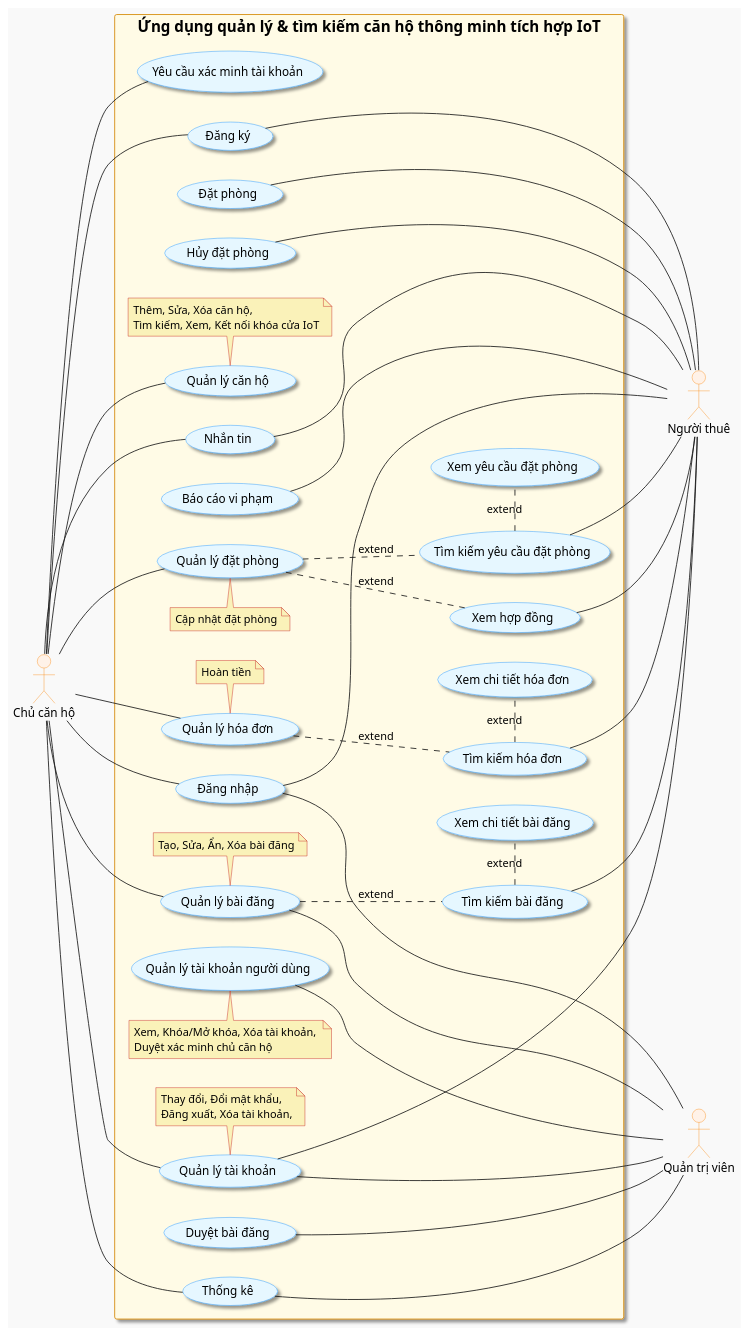
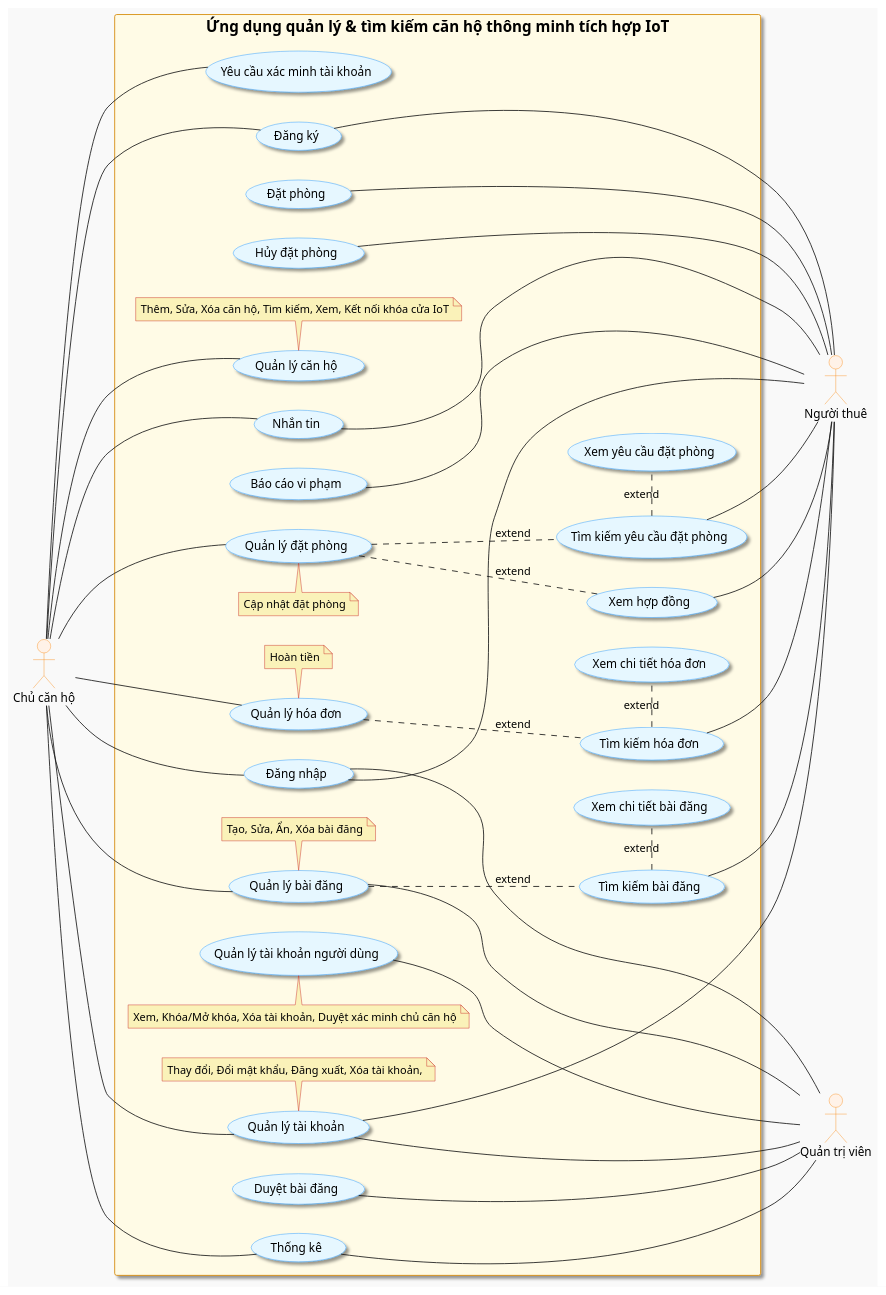
Before and after one commit to nho-moi-so/quan-ly-tim-kiem-phong-tro: the diagram in diagrams/usecase.puml, drawn with PlantUML. The commit also changed 4 other files, not shown here.

```diff
--- a/diagrams/usecase.puml
+++ b/diagrams/usecase.puml
@@ -2,139 +2,139 @@
 @startuml usecase-diagram
 skinparam shadowing false
 skinparam backgroundColor #f9f9f9
 skinparam usecase {
     BackgroundColor #e6f7ff
     BorderColor #1890ff
     FontColor #000000
     FontSize 14
     Shadowing true
 }
 skinparam actor {
     BackgroundColor #fff2e8
     BorderColor #fa8c16
     FontColor #000000
     FontSize 14
 }
 skinparam rectangle {
     BackgroundColor #fffbe6
     BorderColor #d48806
     FontColor #000000
     FontSize 18
     Shadowing true
 }
 skinparam note{
     BackgroundColor #faf2b9
     BorderColor #c51c1c
 }
 left to right direction
 
 actor "Quản trị viên" as Admin
 actor "Người thuê" as Guest
 actor "Chủ căn hộ" as Owner
 
 rectangle "Ứng dụng quản lý & tìm kiếm căn hộ thông minh tích hợp IoT"{
 ' Các chức năng của Chủ căn hộ
 ' usecase "Đăng xuất" as logout
 usecase "Đăng nhập" as login
 usecase "Đăng ký" as register
 usecase "Quản lý tài khoản" as manage_account
-note bottom of manage_account: Thay đổi, Đổi mật khẩu, \nĐăng xuất, Xóa tài khoản,
+note bottom of manage_account: Thay đổi, Đổi mật khẩu, Đăng xuất, Xóa tài khoản,
 usecase "Yêu cầu xác minh tài khoản" as request_owner_verification
 
 usecase "Quản lý căn hộ" as manage_apartment
-note bottom of manage_apartment: Thêm, Sửa, Xóa căn hộ, \nTìm kiếm, Xem, Kết nối khóa cửa IoT
+note bottom of manage_apartment: Thêm, Sửa, Xóa căn hộ, Tìm kiếm, Xem, Kết nối khóa cửa IoT
 ' usecase "Kết nối khóa cửa IoT" as connect_iot_lock
 ' manage_apartment .. connect_iot_lock: extend
 
 usecase "Quản lý đặt phòng" as manage_booking
 note top of manage_booking: Cập nhật đặt phòng
 usecase "Xem hợp đồng" as view_booking_contract
 manage_booking .. view_booking_contract: extend
 usecase "Quản lý hóa đơn" as manage_invoice
 note bottom of manage_invoice: Hoàn tiền
 usecase "Quản lý bài đăng" as manage_post
 note bottom of manage_post: Tạo, Sửa, Ẩn, Xóa bài đăng
 usecase "Nhắn tin" as messaging
 usecase "Thống kê" as statistics
 
 ' Các chức năng của Người thuê
 ' usecase "Quản lý tài khoản" as manage_account
 ' usecase "Đăng xuất" as logout
 ' usecase "Đăng nhập" as login
 ' usecase "Đăng ký" as register
 ' usecase "Tìm kiếm căn hộ" as search_apartment
 ' usecase "Xem chi tiết căn hộ" as view_apartment_details
 ' manage_apartment .. search_apartment: extend
 ' search_apartment . view_apartment_details: extend
 
 usecase "Đặt phòng" as book_apartment
 usecase "Hủy đặt phòng" as cancel_booking
 
 usecase "Tìm kiếm yêu cầu đặt phòng" as search_booking
 manage_booking .. search_booking: extend
 usecase "Xem yêu cầu đặt phòng" as view_booking_requests
 search_booking . view_booking_requests: extend
 
 
 usecase "Tìm kiếm hóa đơn" as search_invoices
 manage_invoice .. search_invoices: extend
 usecase "Xem chi tiết hóa đơn" as view_invoice_details
 search_invoices . view_invoice_details: extend
 usecase "Tìm kiếm bài đăng" as search_posts
 manage_post .. search_posts: extend
 usecase "Xem chi tiết bài đăng" as view_post_details
 search_posts . view_post_details: extend
 ' usecase "Nhắn tin" as messaging
 
 usecase "Báo cáo vi phạm" as report_violation
 
 ' Các chức năng của Quản trị viên
 usecase "Quản lý tài khoản người dùng" as manage_user_accounts
-note top of manage_user_accounts: Xem, Khóa/Mở khóa, Xóa tài khoản, \nDuyệt xác minh chủ căn hộ
+note top of manage_user_accounts: Xem, Khóa/Mở khóa, Xóa tài khoản, Duyệt xác minh chủ căn hộ
 ' usecase "Đăng xuất" as logout
 ' usecase "Đăng nhập" as login
 ' usecase "Đổi mật khẩu" as change_password
 ' manage_account .. change_password: extend
 'usecase "Quản lý bài đăng" as manage_post
 usecase "Duyệt bài đăng" as approve_posts
 ' usecase "Thống kê" as statistics
 
 ' nối các usecase
 'Chủ căn hộ
 (Owner) -- (login)
 (Owner) -- (register)
 (Owner) -- (manage_account)
 (request_owner_verification) - (Owner)
 (Owner) -- (manage_apartment)
 (Owner) -- (manage_booking)
 (Owner) -- (manage_invoice)
 (Owner) -- (manage_post)
 (Owner) -- (messaging)
 (Owner) -- (statistics)
 
 
 'Người thuê
 (register) - (Guest)
 (login) - (Guest)
 (manage_account) -- (Guest)
 (search_posts) -- (Guest)
 (book_apartment) - (Guest)
 (cancel_booking) - (Guest)
 (search_booking) -- (Guest)
 (search_invoices) -- (Guest)
 (view_booking_contract) -- (Guest)
 (messaging) - (Guest)
 (report_violation) - (Guest)
 
 'Quản trị viên
 (login) --- (Admin)
 (manage_user_accounts) - (Admin)
 (manage_account) -- (Admin)
 (manage_post) -- (Admin)
 (approve_posts) - (Admin)
 ' (change_password) -- (Admin)
 (statistics) - (Admin)
 
 
 }
 @enduml
```
